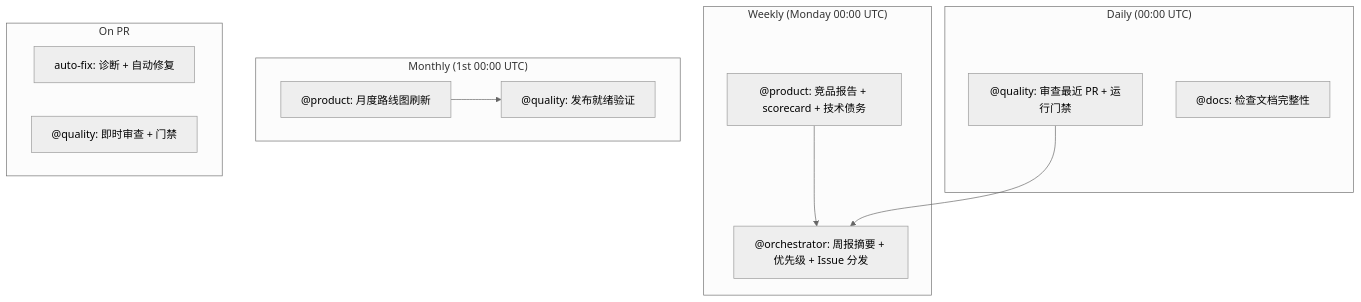
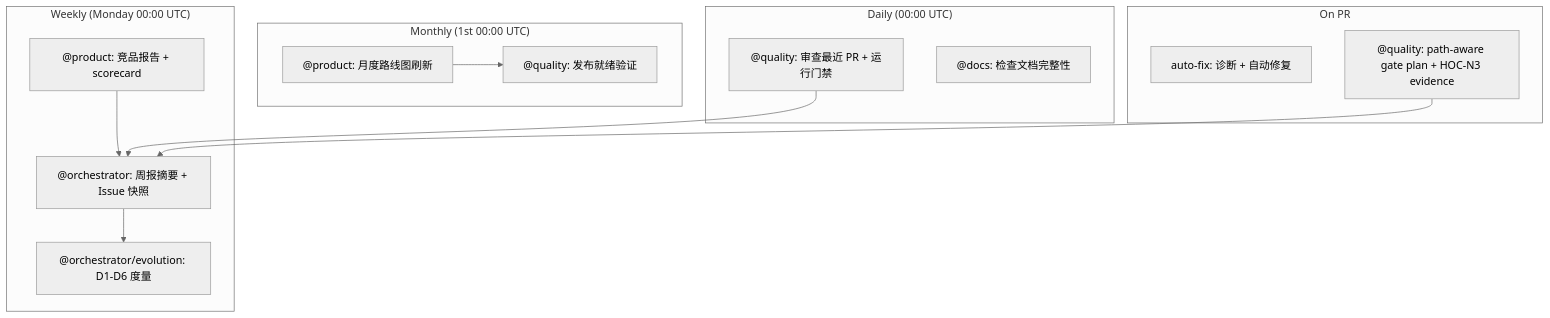
One commit to HYNCM/gis-engine changed the diagram in AGENTS.md. Above: the diagram before and after it, drawn with Mermaid (neutral theme). The commit also changed other lines of this file and 22 other files, not shown here.

````diff
--- a/AGENTS.md
+++ b/AGENTS.md
@@ -595,26 +601,29 @@
 ```mermaid
 flowchart TD
   subgraph Daily["Daily (00:00 UTC)"]
     Q["@quality: 审查最近 PR + 运行门禁"]
     D["@docs: 检查文档完整性"]
   end
 
   subgraph Weekly["Weekly (Monday 00:00 UTC)"]
-    P["@product: 竞品报告 + scorecard + 技术债务"]
-    O["@orchestrator: 周报摘要 + 优先级 + Issue 分发"]
+    P["@product: 竞品报告 + scorecard"]
+    O["@orchestrator: 周报摘要 + Issue 快照"]
+    E["@orchestrator/evolution: D1-D6 度量"]
   end
 
   subgraph Monthly["Monthly (1st 00:00 UTC)"]
     MR["@product: 月度路线图刷新"]
     RR["@quality: 发布就绪验证"]
   end
 
   subgraph OnPR["On PR"]
     AF["auto-fix: 诊断 + 自动修复"]
-    PRQ["@quality: 即时审查 + 门禁"]
+    PRQ["@quality: path-aware gate plan + HOC-N3 evidence"]
   end
 
   P --> O
   Q --> O
+  O --> E
   MR --> RR
+  PRQ --> O
 ```
````
